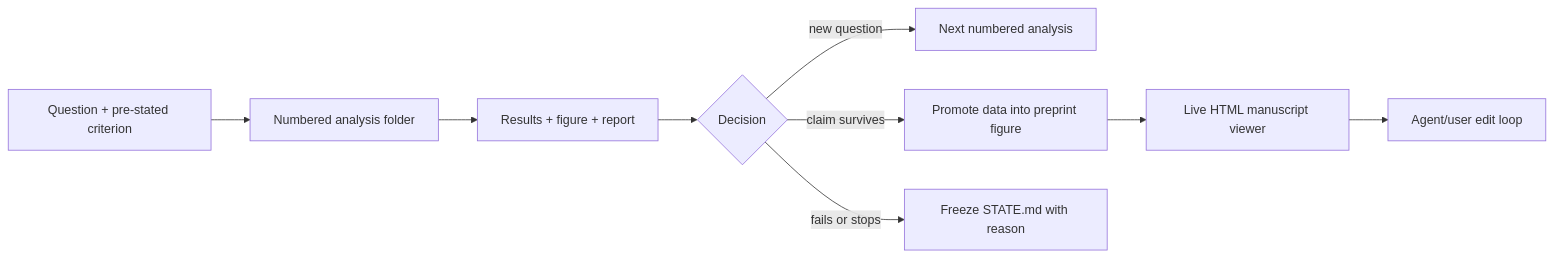
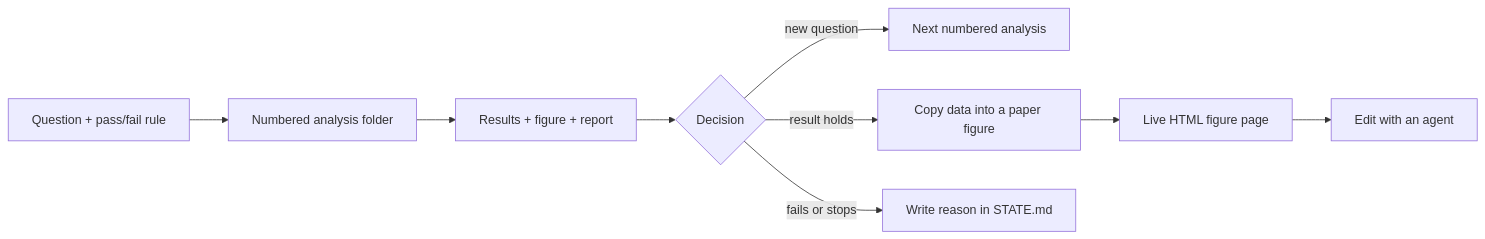
One commit to jacob-prince/empirical-march changed the diagram in README.md. Above: the diagram before and after it, drawn with Mermaid. The commit also changed other lines of this file and 60 other files, not shown here.

````diff
--- a/README.md
+++ b/README.md
@@ -63,11 +63,11 @@
 ```mermaid
 flowchart LR
-    Q["Question + pre-stated criterion"] --> A["Numbered analysis folder"]
+    Q["Question + pass/fail rule"] --> A["Numbered analysis folder"]
     A --> R["Results + figure + report"]
     R --> D{"Decision"}
     D -->|new question| A2["Next numbered analysis"]
-    D -->|claim survives| P["Promote data into preprint figure"]
-    D -->|fails or stops| S["Freeze STATE.md with reason"]
-    P --> V["Live HTML manuscript viewer"]
-    V --> E["Agent/user edit loop"]
+    D -->|result holds| P["Copy data into a paper figure"]
+    D -->|fails or stops| S["Write reason in STATE.md"]
+    P --> V["Live HTML figure page"]
+    V --> E["Edit with an agent"]
 ```
````
